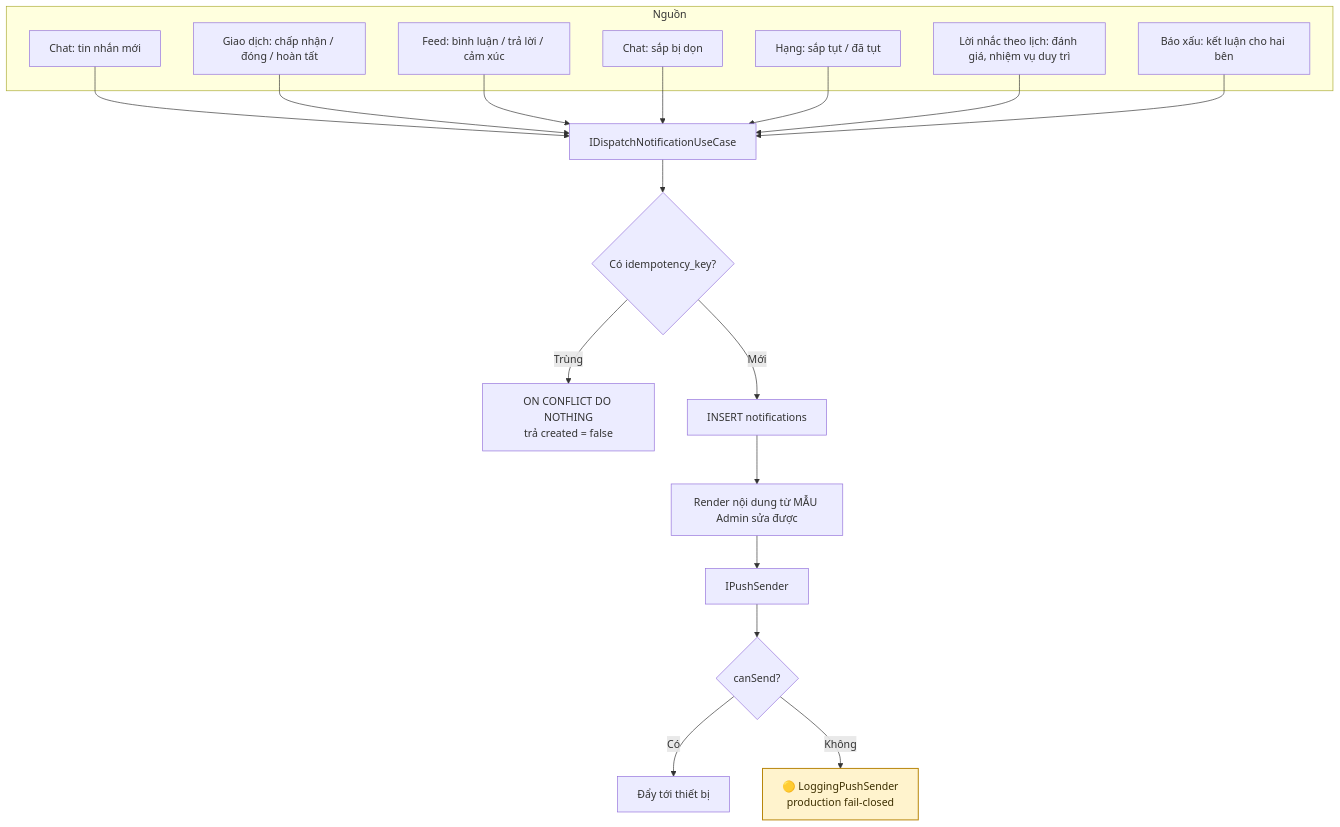
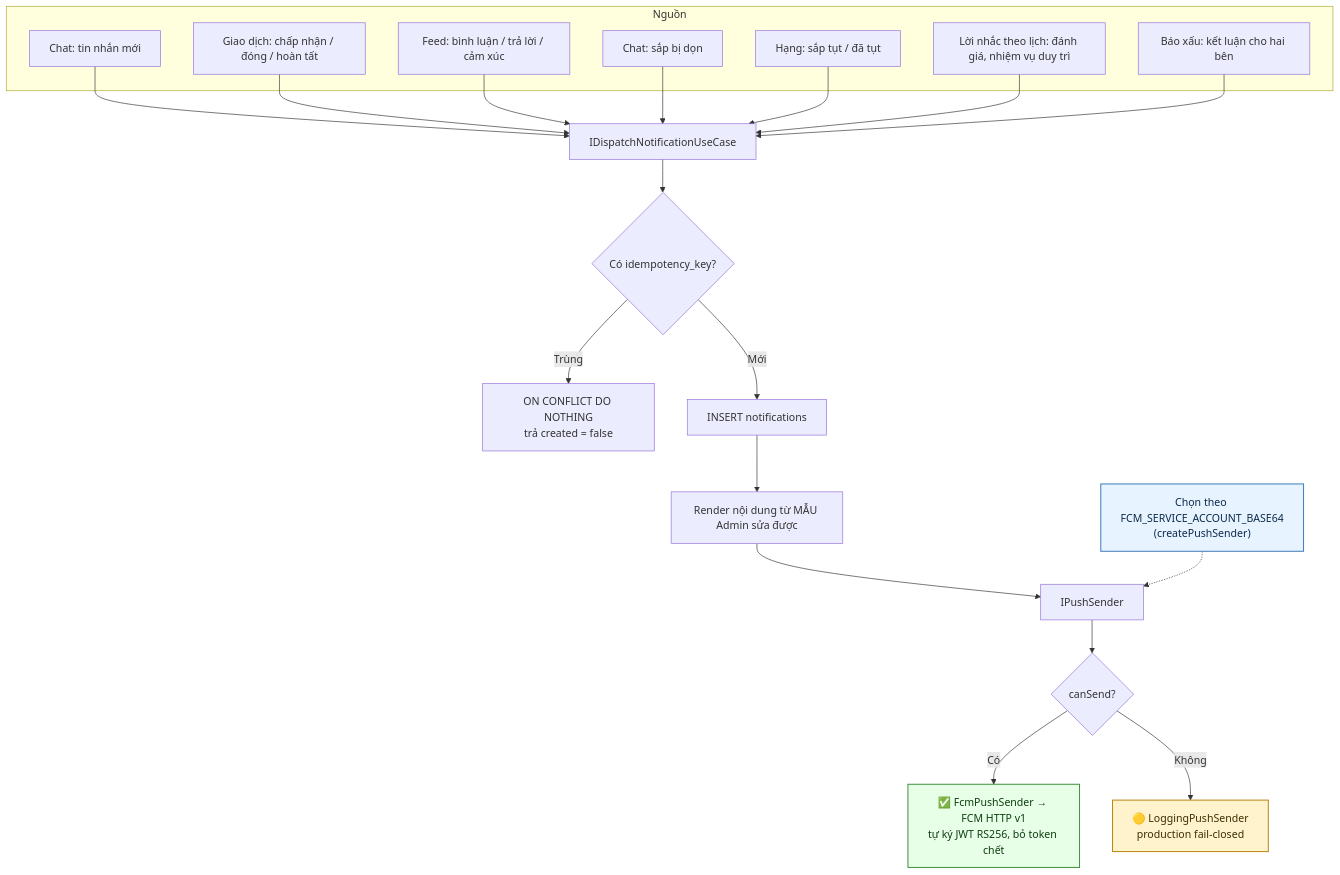
One commit to fdshn/trueheart changed the first of 4 diagrams in docs/diagram/10-notification.md. Above: the diagram before and after it, drawn with Mermaid. The commit also changed other lines of this file and 7 other files, not shown here.

````diff
--- a/docs/diagram/10-notification.md
+++ b/docs/diagram/10-notification.md
@@ -10,24 +11,28 @@
 ```mermaid
 flowchart TD
     subgraph Nguồn
         A[Chat: tin nhắn mới]
         B[Giao dịch: chấp nhận / đóng / hoàn tất]
         C[Feed: bình luận / trả lời / cảm xúc]
         E2[Hạng: sắp tụt / đã tụt]
         E3[Lời nhắc theo lịch: đánh giá, nhiệm vụ duy trì]
         E4[Báo xấu: kết luận cho hai bên]
         D[Chat: sắp bị dọn]
     end
 
     A & B & C & D & E2 & E3 & E4 --> E["IDispatchNotificationUseCase"]
     E --> F{Có idempotency_key?}
     F -->|Trùng| G[ON CONFLICT DO NOTHING<br/>trả created = false]
     F -->|Mới| H[INSERT notifications]
     H --> I[Render nội dung từ MẪU Admin sửa được]
     I --> J[IPushSender]
     J --> K{canSend?}
-    K -->|Có| L[Đẩy tới thiết bị]
+    K -->|Có| L["✅ FcmPushSender → FCM HTTP v1<br/>tự ký JWT RS256, bỏ token chết"]
     K -->|Không| M["🟡 LoggingPushSender<br/>production fail-closed"]
 
+    N["Chọn theo FCM_SERVICE_ACCOUNT_BASE64<br/>(createPushSender)"] -.-> J
+
+    style L fill:#e6ffe6,stroke:#3f8f3f,stroke-width:1.5px,color:#0f3d12
     style M fill:#fff3cd,stroke:#b8860b,stroke-width:1.5px,color:#3d2f00
+    style N fill:#e7f3ff,stroke:#3d7ab8,stroke-width:1.5px,color:#0d2a4a
 ```
````
